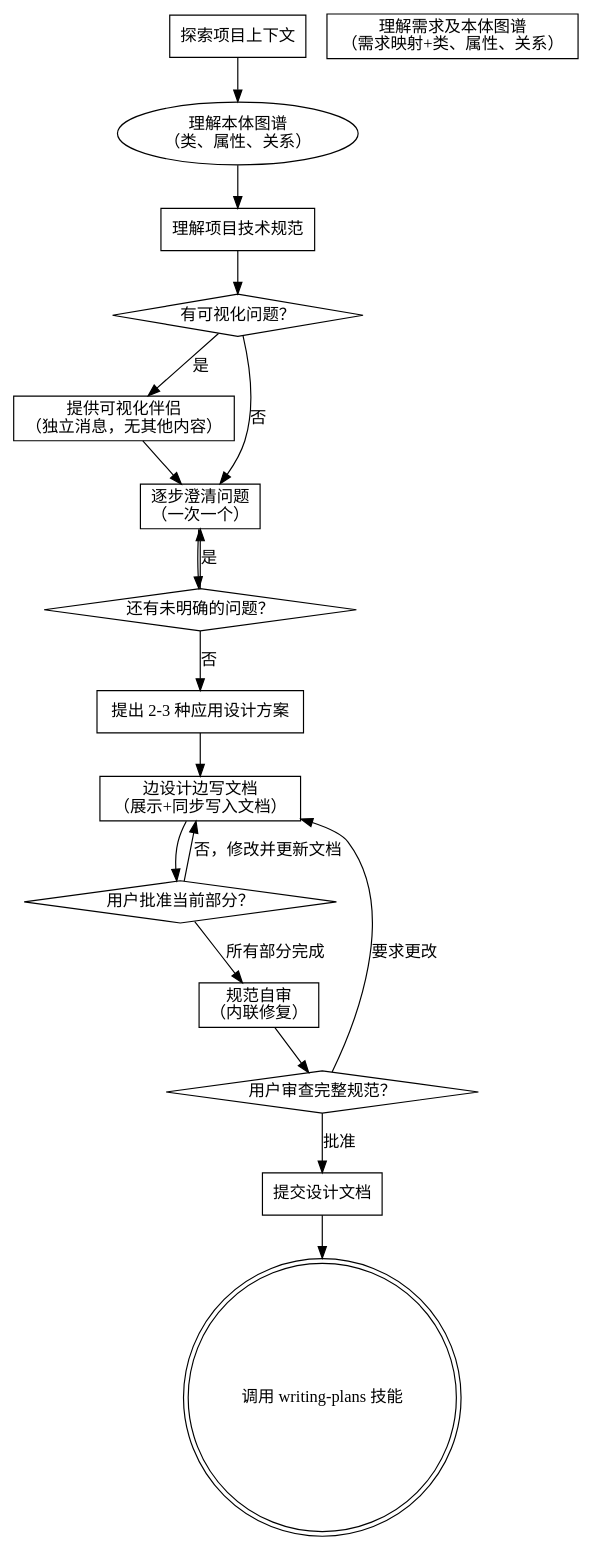
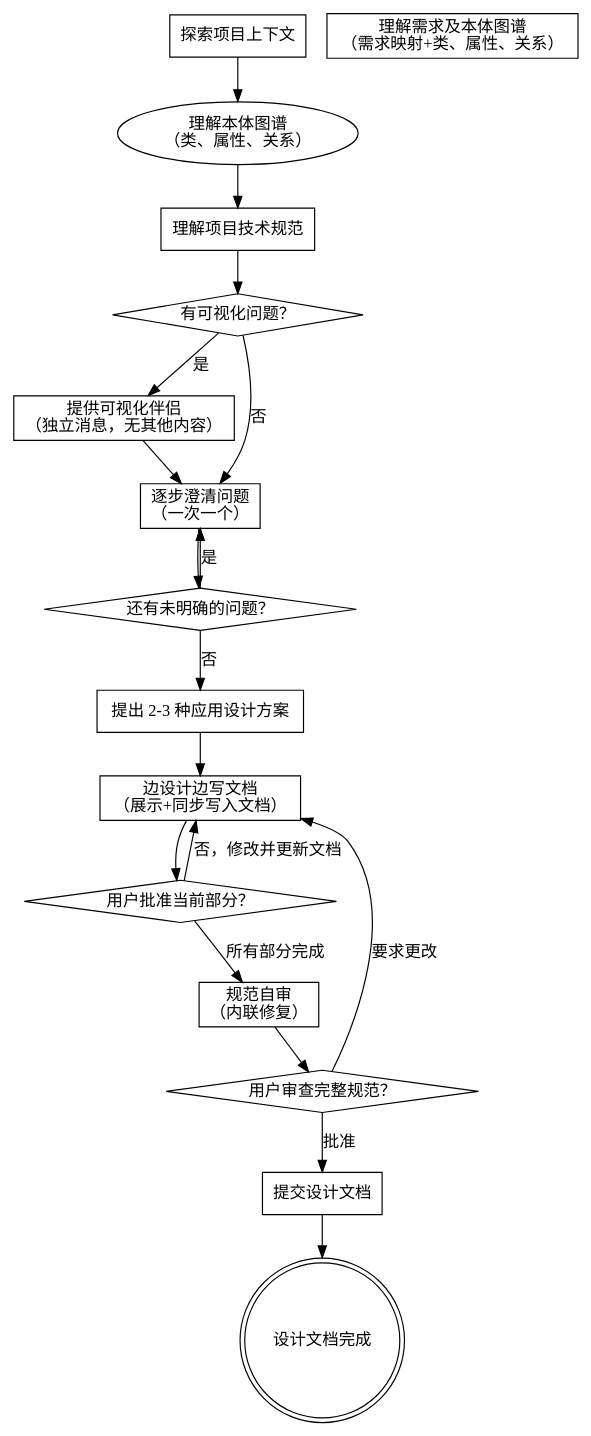
The diagram in .claude/skills/app-design/SKILL.md (bazhuang/coding-skills), drawn with Graphviz before and after one commit. The commit also changed other lines of this file and 1 other file, not shown here.

````diff
--- a/.claude/skills/app-design/SKILL.md
+++ b/.claude/skills/app-design/SKILL.md
@@ -37,36 +37,36 @@
 ```dot
 digraph brainstorming {
     "探索项目上下文" [shape=box];
     "理解需求及本体图谱\n（需求映射+类、属性、关系）" [shape=box];
     "理解项目技术规范" [shape=box];
     "有可视化问题？" [shape=diamond];
     "提供可视化伴侣\n（独立消息，无其他内容）" [shape=box];
     "逐步澄清问题\n（一次一个）" [shape=box];
     "还有未明确的问题？" [shape=diamond];
     "提出 2-3 种应用设计方案" [shape=box];
     "边设计边写文档\n（展示+同步写入文档）" [shape=box];
     "用户批准当前部分？" [shape=diamond];
     "规范自审\n（内联修复）" [shape=box];
     "用户审查完整规范？" [shape=diamond];
     "提交设计文档" [shape=box];
-    "调用 writing-plans 技能" [shape=doublecircle];
+    "设计文档完成" [shape=doublecircle];
 
     "探索项目上下文" -> "理解本体图谱\n（类、属性、关系）";
     "理解本体图谱\n（类、属性、关系）" -> "理解项目技术规范";
     "理解项目技术规范" -> "有可视化问题？";
     "有可视化问题？" -> "提供可视化伴侣\n（独立消息，无其他内容）" [label="是"];
     "有可视化问题？" -> "逐步澄清问题\n（一次一个）" [label="否"];
     "提供可视化伴侣\n（独立消息，无其他内容）" -> "逐步澄清问题\n（一次一个）";
     "逐步澄清问题\n（一次一个）" -> "还有未明确的问题？";
     "还有未明确的问题？" -> "逐步澄清问题\n（一次一个）" [label="是"];
     "还有未明确的问题？" -> "提出 2-3 种应用设计方案" [label="否"];
     "提出 2-3 种应用设计方案" -> "边设计边写文档\n（展示+同步写入文档）";
     "边设计边写文档\n（展示+同步写入文档）" -> "用户批准当前部分？";
     "用户批准当前部分？" -> "边设计边写文档\n（展示+同步写入文档）" [label="否，修改并更新文档"];
     "用户批准当前部分？" -> "规范自审\n（内联修复）" [label="所有部分完成"];
     "规范自审\n（内联修复）" -> "用户审查完整规范？";
     "用户审查完整规范？" -> "边设计边写文档\n（展示+同步写入文档）" [label="要求更改"];
     "用户审查完整规范？" -> "提交设计文档" [label="批准"];
-    "提交设计文档" -> "调用 writing-plans 技能";
+    "提交设计文档" -> "设计文档完成";
 }
 ```
````
